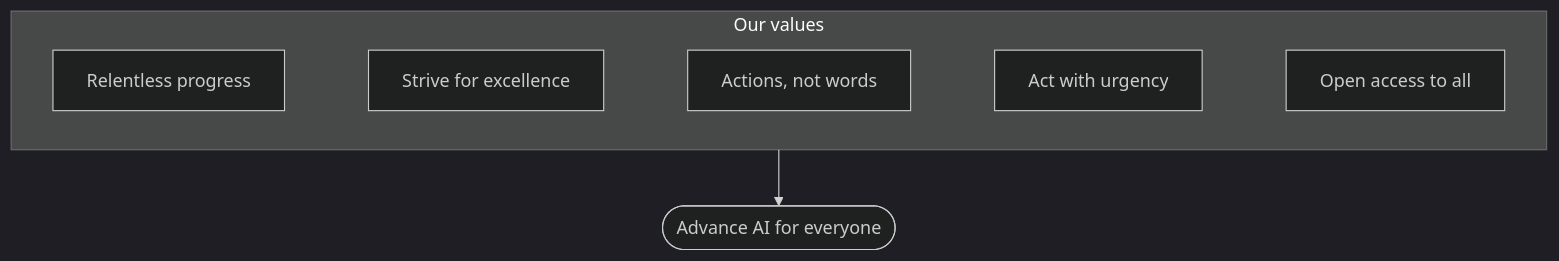
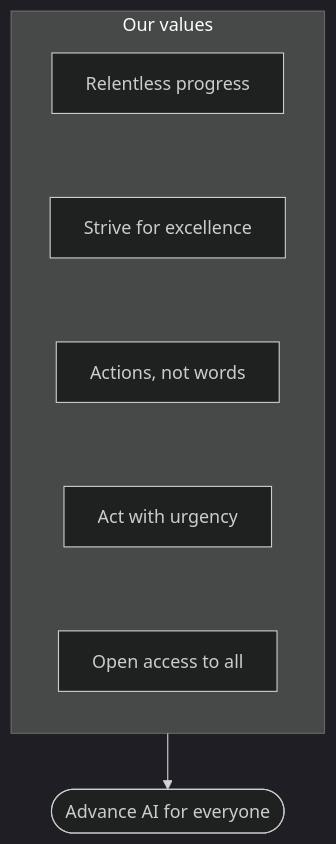
The diagram in docs/en/mission-vision-values/index.md (ultralytics/handbook), drawn with Mermaid (dark theme) before and after one commit. The commit also changed 8 other files, not shown here.

First line of the commit message:
Address review findings and tune diagrams for the dagre layout

````diff
--- a/docs/en/mission-vision-values/index.md
+++ b/docs/en/mission-vision-values/index.md
@@ -165,10 +165,11 @@
 ```mermaid
 flowchart TD
     subgraph values["Our values"]
+        direction TB
         A[Relentless progress] ~~~ B[Strive for excellence]
         B ~~~ C["Actions, not words"]
         C ~~~ D[Act with urgency]
         D ~~~ E[Open access to all]
     end
     values --> M([Advance AI for everyone])
 ```
````
